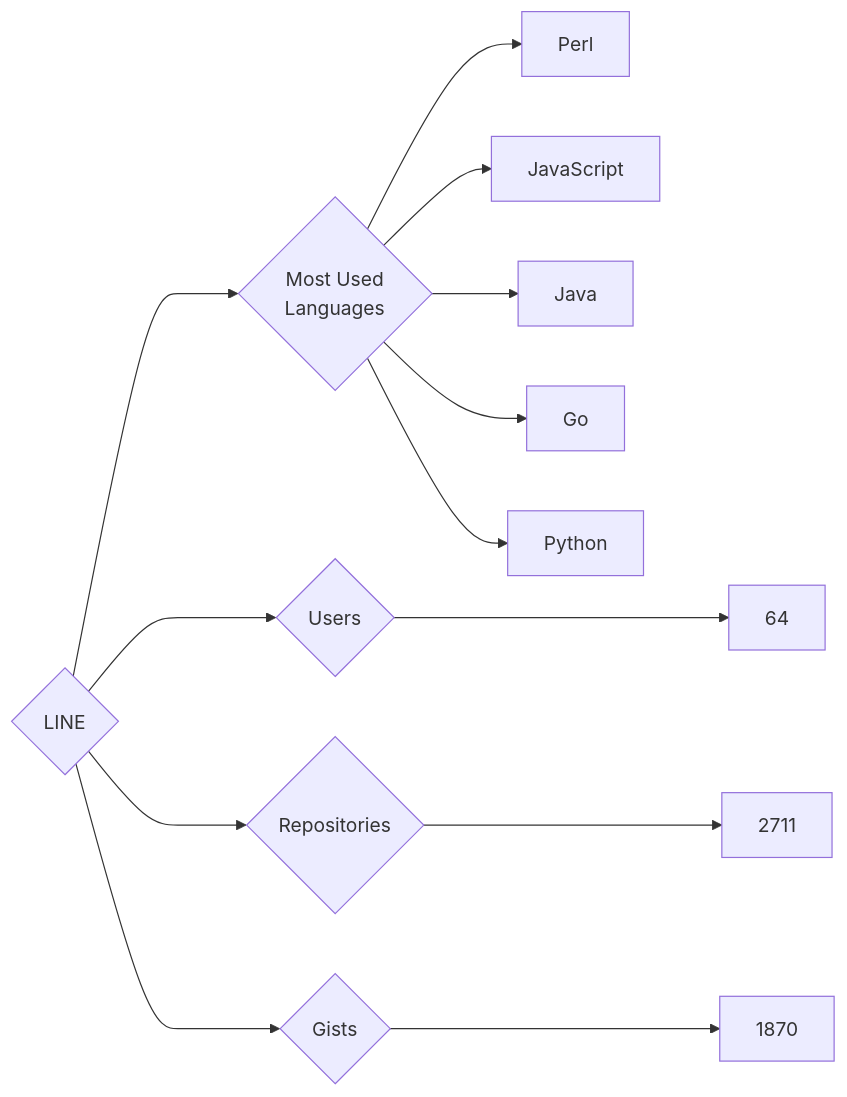
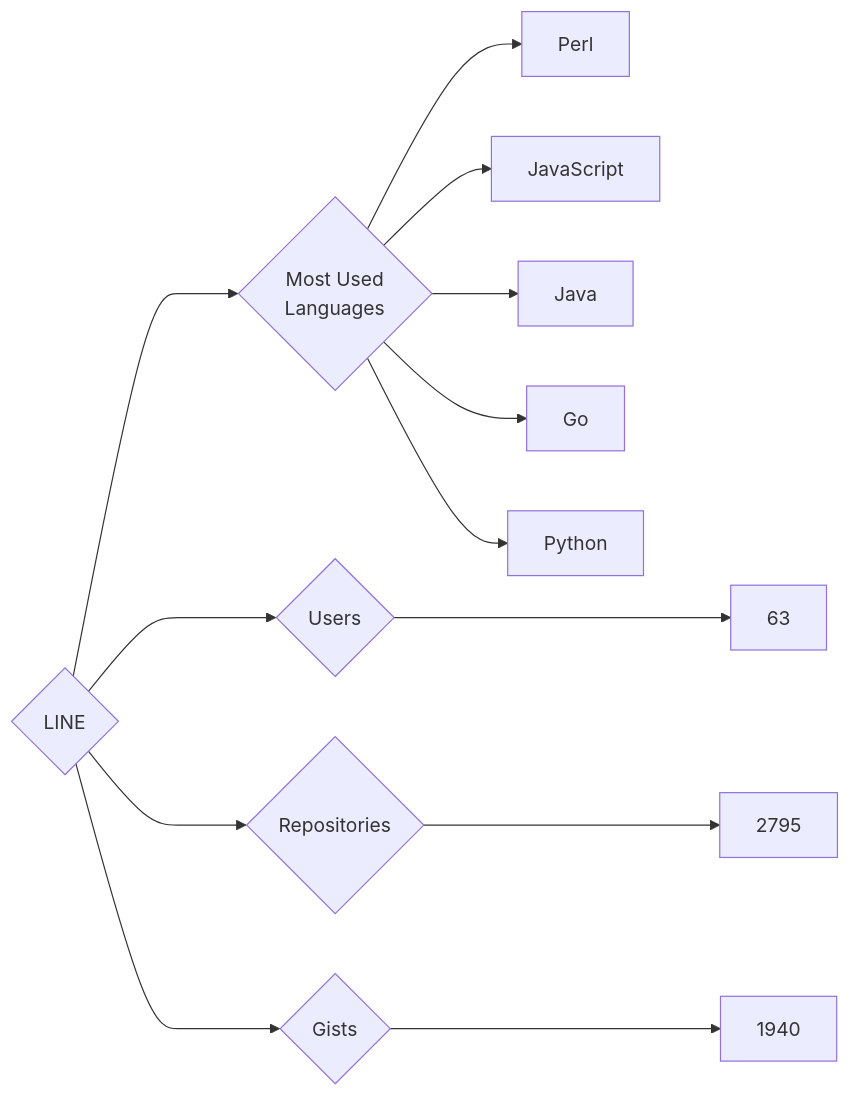
The diagram in targets/LINE/README.md (trickest/insiders), drawn with Mermaid before and after one commit. The commit also changed 611 other files, not shown here.

````diff
--- a/targets/LINE/README.md
+++ b/targets/LINE/README.md
@@ -3,13 +3,13 @@
 ```mermaid
 graph LR
 COMPANY_NAME{LINE}
-COMPANY_NAME ---> U{Users} ---> UN[64]
-COMPANY_NAME ---> R{Repositories} ---> RN[2711]
-COMPANY_NAME ---> G{Gists} ---> GN[1870]
+COMPANY_NAME ---> U{Users} ---> UN[63]
+COMPANY_NAME ---> R{Repositories} ---> RN[2795]
+COMPANY_NAME ---> G{Gists} ---> GN[1940]
 COMPANY_NAME ---> ML{Most Used<br>Languages}
 ML --> Perl[Perl]
 ML --> JavaScript[JavaScript]
 ML --> Java[Java]
 ML --> Go[Go]
 ML --> Python[Python]
 ```
````
